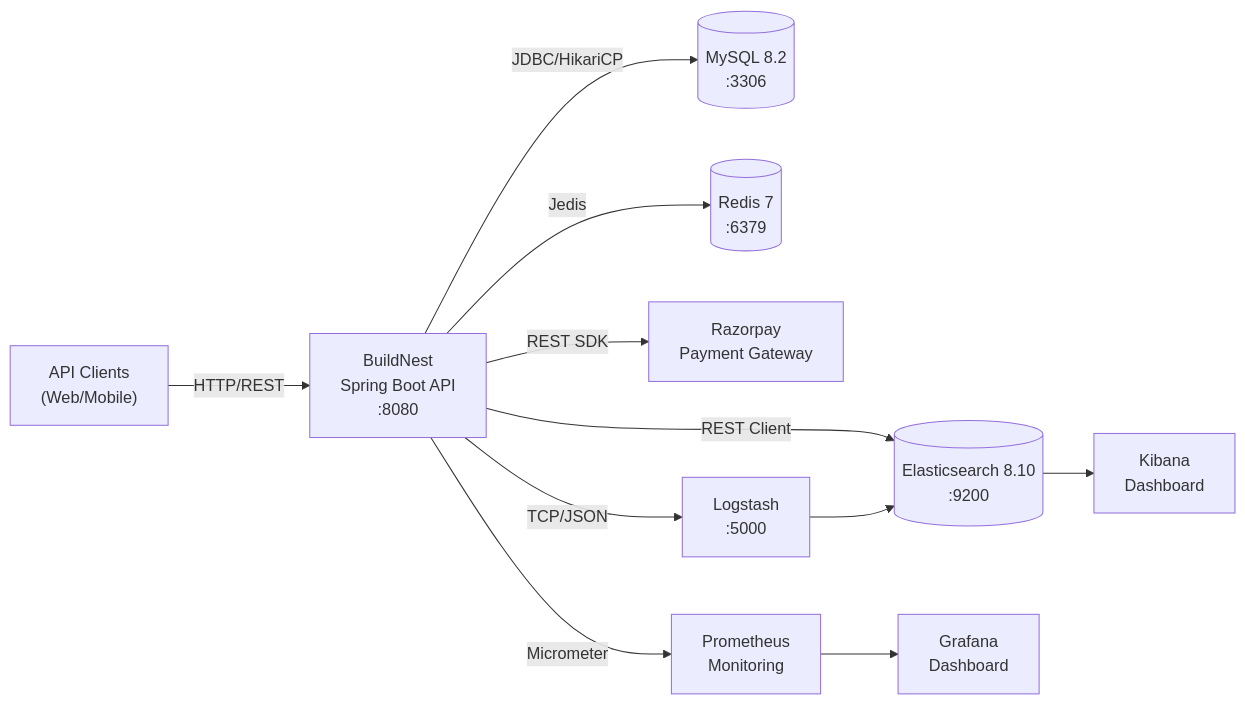
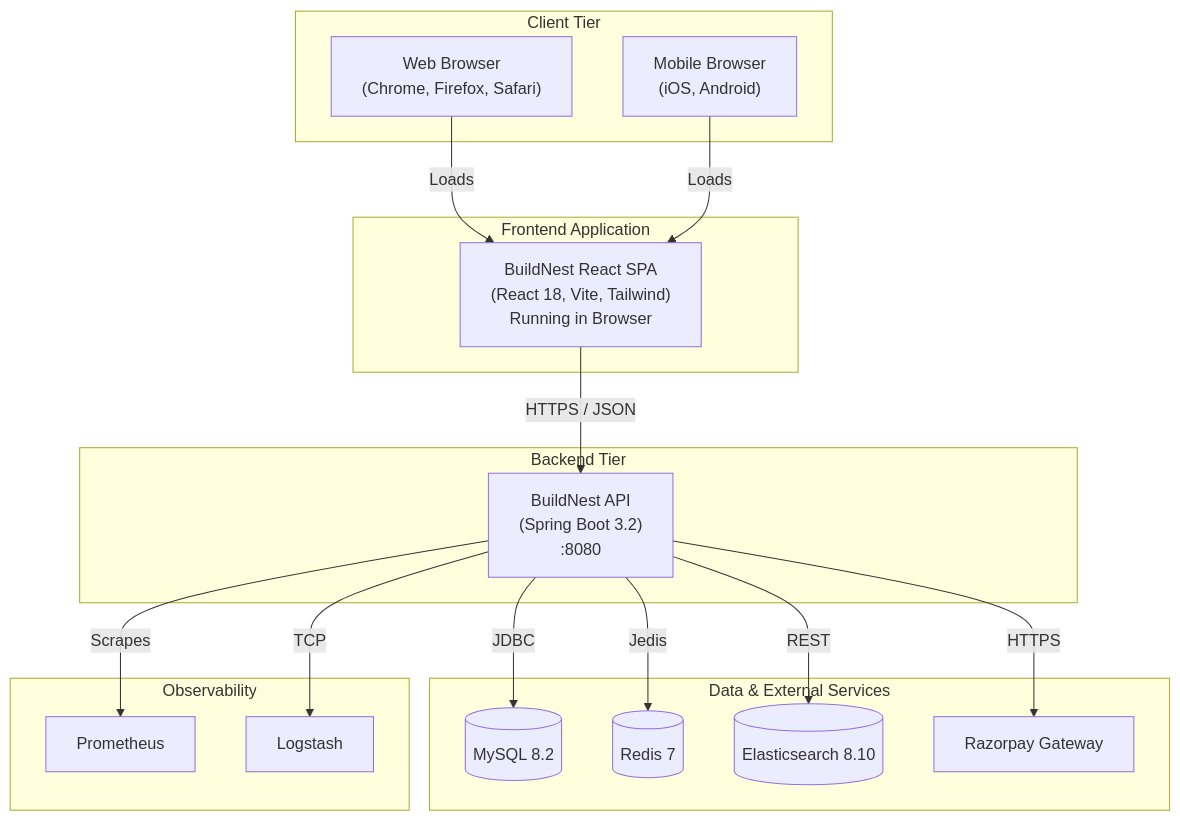
One commit to pradip9096/buildnest-ecommerce-platform changed the first of 13 diagrams in docs/ISO-IEC-IEEE/SDD_IEEE_1016_2017.md. Above: the diagram before and after it, drawn with Mermaid. The commit also changed other lines of this file, not shown here.

Commit message:
docs: Update SDD (IEEE 1016) with Frontend Architecture and Design details

````diff
--- a/docs/ISO-IEC-IEEE/SDD_IEEE_1016_2017.md
+++ b/docs/ISO-IEC-IEEE/SDD_IEEE_1016_2017.md
@@ -180,15 +185,36 @@
 ```mermaid
-flowchart LR
-  Client["API Clients<br/>(Web/Mobile)"] -->|HTTP/REST| API["BuildNest<br/>Spring Boot API<br/>:8080"]
+flowchart TB
+  subgraph "Client Tier"
+    Browser["Web Browser<br/>(Chrome, Firefox, Safari)"]
+    Mobile["Mobile Browser<br/>(iOS, Android)"]
+  end
 
-  API -->|JDBC/HikariCP| MySQL[("MySQL 8.2<br/>:3306")]
-  API -->|Jedis| Redis[("Redis 7<br/>:6379")]
-  API -->|REST Client| ES[("Elasticsearch 8.10<br/>:9200")]
-  API -->|REST SDK| Razorpay["Razorpay<br/>Payment Gateway"]
+  subgraph "Frontend Application"
+    ReactApp["BuildNest React SPA<br/>(React 18, Vite, Tailwind)<br/>Running in Browser"]
+  end
 
-  API -->|Micrometer| Prometheus["Prometheus<br/>Monitoring"]
-  API -->|TCP/JSON| Logstash["Logstash<br/>:5000"]
-  Logstash --> ES
-  ES --> Kibana["Kibana<br/>Dashboard"]
-  Prometheus --> Grafana["Grafana<br/>Dashboard"]
+  subgraph "Backend Tier"
+    API["BuildNest API<br/>(Spring Boot 3.2)<br/>:8080"]
+  end
+
+  subgraph "Data & External Services"
+    MySQL[("MySQL 8.2")]
+    Redis[("Redis 7")]
+    ES[("Elasticsearch 8.10")]
+    Razorpay["Razorpay Gateway"]
+  end
+
+  subgraph "Observability"
+    Prometheus["Prometheus"]
+    Logstash["Logstash"]
+  end
+
+  Browser & Mobile -->|Loads| ReactApp
+  ReactApp -->|HTTPS / JSON| API
+  API -->|JDBC| MySQL
+  API -->|Jedis| Redis
+  API -->|REST| ES
+  API -->|HTTPS| Razorpay
+  API -->|Scrapes| Prometheus
+  API -->|TCP| Logstash
 ```
````
